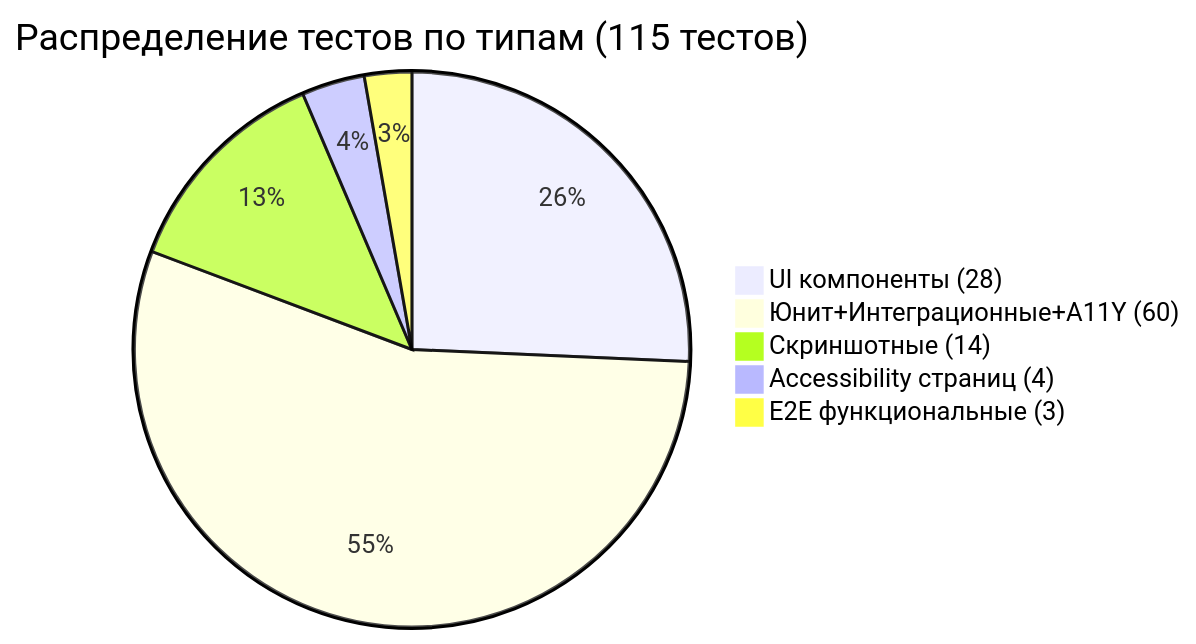
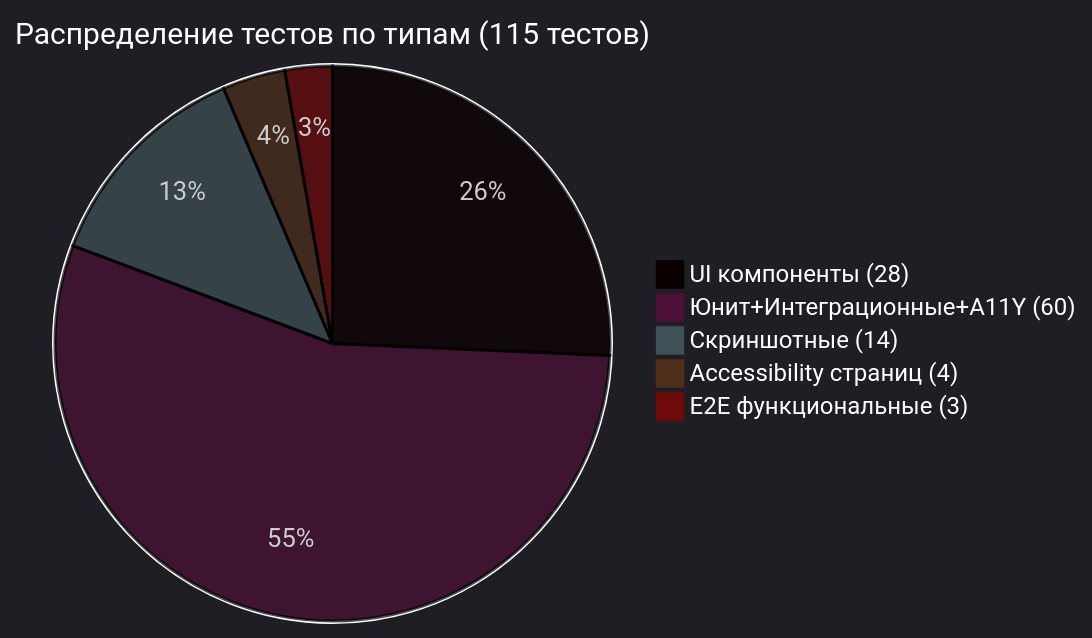
The fifth of 5 diagrams in docs/presentation.md (etozhenerk/shri-2025), drawn with Mermaid before and after one commit.

````diff
--- a/docs/presentation.md
+++ b/docs/presentation.md
@@ -1095,9 +1095,9 @@
 ```mermaid
-%%{init: {'theme':'default', 'themeVariables': { 'fontSize': '18px', 'fontFamily': 'Arial', 'primaryColor': '#ffffff', 'primaryTextColor': '#000000', 'primaryBorderColor': '#000000', 'lineColor': '#000000', 'secondaryColor': '#ffffff', 'tertiaryColor': '#ffffff'}}}%%
+%%{init: {'theme':'dark', 'themeVariables': { 'fontSize': '18px', 'fontFamily': 'Arial', 'pieTitleTextSize': '20px', 'pieTitleTextColor': '#ffffff', 'pieLegendTextSize': '16px', 'pieLegendTextColor': '#ffffff', 'pieOuterStrokeWidth': '2px', 'pieOuterStrokeColor': '#ffffff'}}}%%
 pie title Распределение тестов по типам (115 тестов)
     "UI компоненты (28)" : 28
     "Юнит+Интеграционные+A11Y (60)" : 60
     "Скриншотные (14)" : 14
     "Accessibility страниц (4)" : 4
     "E2E функциональные (3)" : 3
 ```
````
